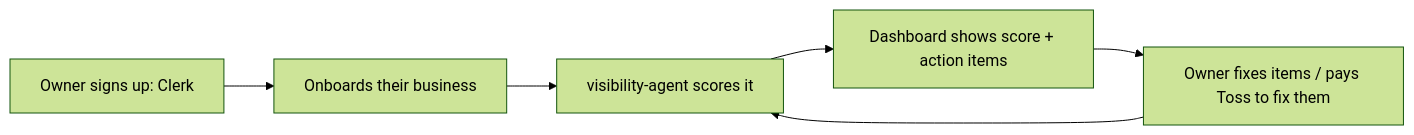
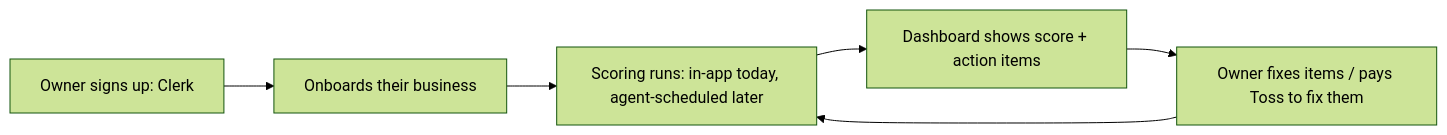
Before and after one commit to tossacoin001-cmd/toss-enterprise: the diagram in docs/04-product/visibility-os.md, drawn with Mermaid (forest theme). The commit also changed other lines of this file and 11 other files, not shown here.

````diff
--- a/docs/04-product/visibility-os.md
+++ b/docs/04-product/visibility-os.md
@@ -9,8 +9,8 @@
 ```mermaid
 flowchart LR
     A[Owner signs up: Clerk] --> B[Onboards their business]
-    B --> C[visibility-agent scores it]
+    B --> C[Scoring runs: in-app today, agent-scheduled later]
     C --> D[Dashboard shows score + action items]
     D --> E[Owner fixes items / pays Toss to fix them]
     E --> C
 ```
````
